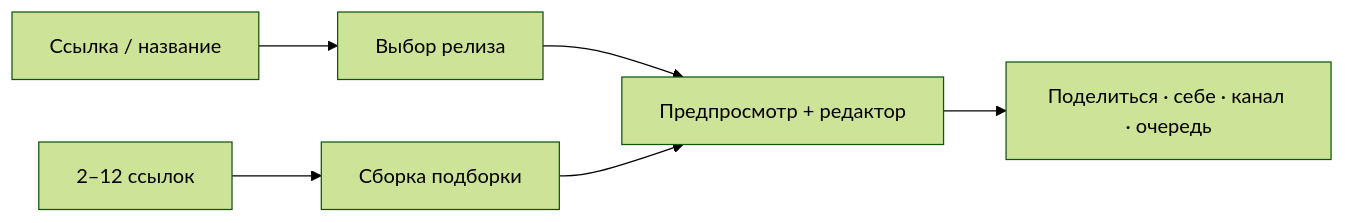
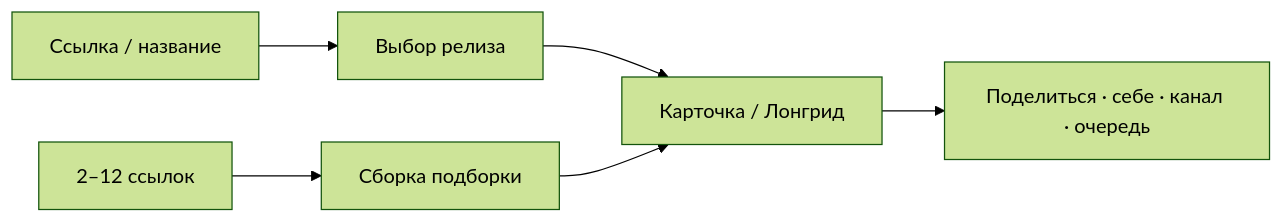
One commit to StonerHand/stonerhand-soundlinks-bot changed the diagram in README.ru.md. Above: the diagram before and after it, drawn with Mermaid (forest theme). The commit also changed other lines of this file and 18 other files, not shown here.

````diff
--- a/README.ru.md
+++ b/README.ru.md
@@ -40,8 +41,8 @@
 ```mermaid
 flowchart LR
     A["Ссылка / название"] --> B["Выбор релиза"]
     A2["2–12 ссылок"] --> C["Сборка подборки"]
-    B --> D["Предпросмотр + редактор"]
+    B --> D["Карточка / Лонгрид"]
     C --> D
     D --> E["Поделиться · себе · канал · очередь"]
 ```
````
